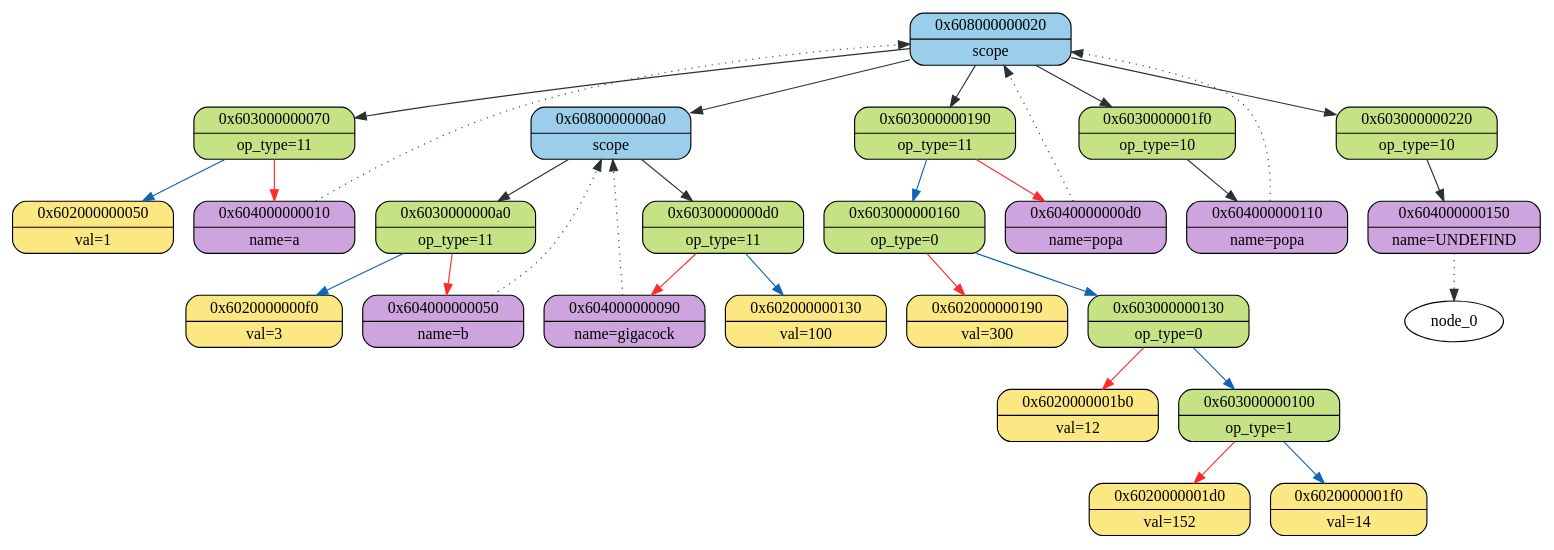
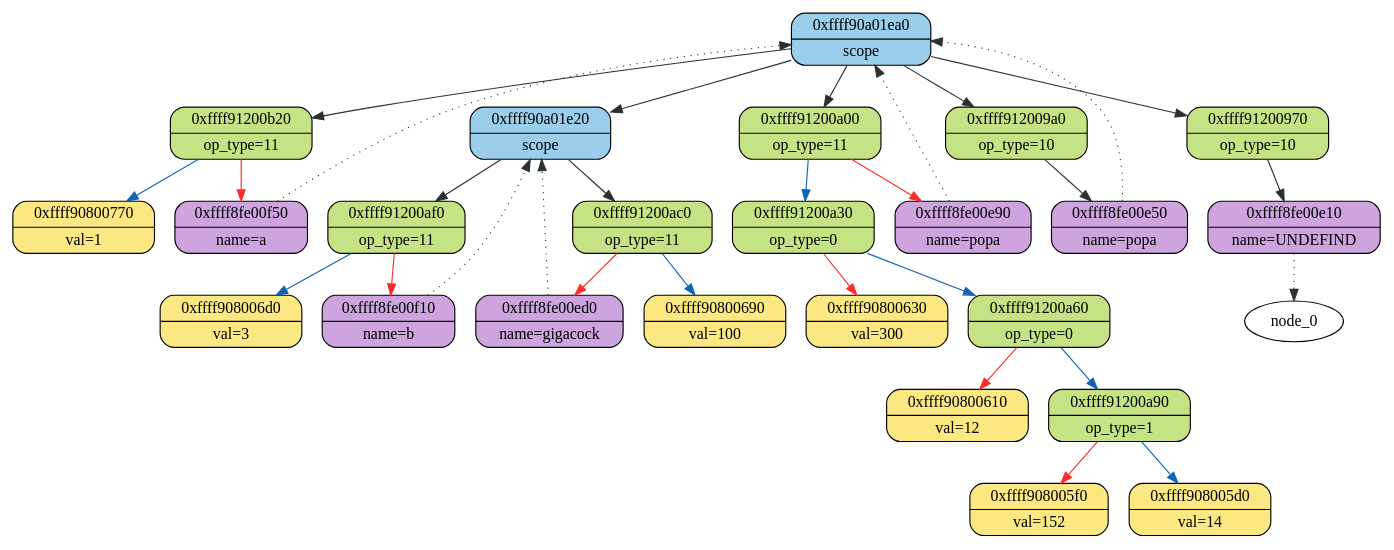
Before and after one commit to 2APetrin/ParaCL: the diagram in ast/logs/log_graphviz.dot, drawn with Graphviz. The commit also changed 4 other files, not shown here.

```diff
--- a/ast/logs/log_graphviz.dot
+++ b/ast/logs/log_graphviz.dot
@@ -1,56 +1,56 @@
 digraph
 {
-    node_0x608000000020[shape = Mrecord, label = "{{0x608000000020} | {scope}}", style = "filled", fillcolor = "#9ACEEB"];
-    node_0x603000000070[shape = Mrecord, label = "{{0x603000000070} | {op_type=11}}", style = "filled", fillcolor = "#C5E384"];
-    node_0x604000000010[shape = Mrecord, label = "{{0x604000000010} | {name=a}}", style = "filled", fillcolor = "#CDA4DE"];
-    node_0x604000000010->node_0x608000000020 [ style = "dotted", color = "#293133"];
-    node_0x602000000050[shape = Mrecord, label = "{{0x602000000050} | {val=1}}", style = "filled", fillcolor = "#FCE883"];
-    node_0x603000000070->node_0x604000000010 [color = "#FF2B2B"];
-    node_0x603000000070->node_0x602000000050 [color = "#1164B4"];
-    node_0x608000000020->node_0x603000000070 [color = "#293133"];
-    node_0x6080000000a0[shape = Mrecord, label = "{{0x6080000000a0} | {scope}}", style = "filled", fillcolor = "#9ACEEB"];
-    node_0x6030000000a0[shape = Mrecord, label = "{{0x6030000000a0} | {op_type=11}}", style = "filled", fillcolor = "#C5E384"];
-    node_0x604000000050[shape = Mrecord, label = "{{0x604000000050} | {name=b}}", style = "filled", fillcolor = "#CDA4DE"];
-    node_0x604000000050->node_0x6080000000a0 [ style = "dotted", color = "#293133"];
-    node_0x6020000000f0[shape = Mrecord, label = "{{0x6020000000f0} | {val=3}}", style = "filled", fillcolor = "#FCE883"];
-    node_0x6030000000a0->node_0x604000000050 [color = "#FF2B2B"];
-    node_0x6030000000a0->node_0x6020000000f0 [color = "#1164B4"];
-    node_0x6080000000a0->node_0x6030000000a0 [color = "#293133"];
-    node_0x6030000000d0[shape = Mrecord, label = "{{0x6030000000d0} | {op_type=11}}", style = "filled", fillcolor = "#C5E384"];
-    node_0x604000000090[shape = Mrecord, label = "{{0x604000000090} | {name=gigacock}}", style = "filled", fillcolor = "#CDA4DE"];
-    node_0x604000000090->node_0x6080000000a0 [ style = "dotted", color = "#293133"];
-    node_0x602000000130[shape = Mrecord, label = "{{0x602000000130} | {val=100}}", style = "filled", fillcolor = "#FCE883"];
-    node_0x6030000000d0->node_0x604000000090 [color = "#FF2B2B"];
-    node_0x6030000000d0->node_0x602000000130 [color = "#1164B4"];
-    node_0x6080000000a0->node_0x6030000000d0 [color = "#293133"];
-    node_0x608000000020->node_0x6080000000a0 [color = "#293133"];
-    node_0x603000000190[shape = Mrecord, label = "{{0x603000000190} | {op_type=11}}", style = "filled", fillcolor = "#C5E384"];
-    node_0x6040000000d0[shape = Mrecord, label = "{{0x6040000000d0} | {name=popa}}", style = "filled", fillcolor = "#CDA4DE"];
-    node_0x6040000000d0->node_0x608000000020 [ style = "dotted", color = "#293133"];
-    node_0x603000000160[shape = Mrecord, label = "{{0x603000000160} | {op_type=0}}", style = "filled", fillcolor = "#C5E384"];
-    node_0x602000000190[shape = Mrecord, label = "{{0x602000000190} | {val=300}}", style = "filled", fillcolor = "#FCE883"];
-    node_0x603000000130[shape = Mrecord, label = "{{0x603000000130} | {op_type=0}}", style = "filled", fillcolor = "#C5E384"];
-    node_0x6020000001b0[shape = Mrecord, label = "{{0x6020000001b0} | {val=12}}", style = "filled", fillcolor = "#FCE883"];
-    node_0x603000000100[shape = Mrecord, label = "{{0x603000000100} | {op_type=1}}", style = "filled", fillcolor = "#C5E384"];
-    node_0x6020000001d0[shape = Mrecord, label = "{{0x6020000001d0} | {val=152}}", style = "filled", fillcolor = "#FCE883"];
-    node_0x6020000001f0[shape = Mrecord, label = "{{0x6020000001f0} | {val=14}}", style = "filled", fillcolor = "#FCE883"];
-    node_0x603000000100->node_0x6020000001d0 [color = "#FF2B2B"];
-    node_0x603000000100->node_0x6020000001f0 [color = "#1164B4"];
-    node_0x603000000130->node_0x6020000001b0 [color = "#FF2B2B"];
-    node_0x603000000130->node_0x603000000100 [color = "#1164B4"];
-    node_0x603000000160->node_0x602000000190 [color = "#FF2B2B"];
-    node_0x603000000160->node_0x603000000130 [color = "#1164B4"];
-    node_0x603000000190->node_0x6040000000d0 [color = "#FF2B2B"];
-    node_0x603000000190->node_0x603000000160 [color = "#1164B4"];
-    node_0x608000000020->node_0x603000000190 [color = "#293133"];
-    node_0x6030000001f0[shape = Mrecord, label = "{{0x6030000001f0} | {op_type=10}}", style = "filled", fillcolor = "#C5E384"];
-    node_0x604000000110[shape = Mrecord, label = "{{0x604000000110} | {name=popa}}", style = "filled", fillcolor = "#CDA4DE"];
-    node_0x604000000110->node_0x608000000020 [ style = "dotted", color = "#293133"];
-    node_0x6030000001f0->node_0x604000000110 [color = "#293133"];
-    node_0x608000000020->node_0x6030000001f0 [color = "#293133"];
-    node_0x603000000220[shape = Mrecord, label = "{{0x603000000220} | {op_type=10}}", style = "filled", fillcolor = "#C5E384"];
-    node_0x604000000150[shape = Mrecord, label = "{{0x604000000150} | {name=UNDEFIND}}", style = "filled", fillcolor = "#CDA4DE"];
-    node_0x604000000150->node_0 [ style = "dotted", color = "#293133"];
-    node_0x603000000220->node_0x604000000150 [color = "#293133"];
-    node_0x608000000020->node_0x603000000220 [color = "#293133"];
+    node_0xffff90a01ea0[shape = Mrecord, label = "{{0xffff90a01ea0} | {scope}}", style = "filled", fillcolor = "#9ACEEB"];
+    node_0xffff91200b20[shape = Mrecord, label = "{{0xffff91200b20} | {op_type=11}}", style = "filled", fillcolor = "#C5E384"];
+    node_0xffff8fe00f50[shape = Mrecord, label = "{{0xffff8fe00f50} | {name=a}}", style = "filled", fillcolor = "#CDA4DE"];
+    node_0xffff8fe00f50->node_0xffff90a01ea0 [ style = "dotted", color = "#293133"];
+    node_0xffff90800770[shape = Mrecord, label = "{{0xffff90800770} | {val=1}}", style = "filled", fillcolor = "#FCE883"];
+    node_0xffff91200b20->node_0xffff8fe00f50 [color = "#FF2B2B"];
+    node_0xffff91200b20->node_0xffff90800770 [color = "#1164B4"];
+    node_0xffff90a01ea0->node_0xffff91200b20 [color = "#293133"];
+    node_0xffff90a01e20[shape = Mrecord, label = "{{0xffff90a01e20} | {scope}}", style = "filled", fillcolor = "#9ACEEB"];
+    node_0xffff91200af0[shape = Mrecord, label = "{{0xffff91200af0} | {op_type=11}}", style = "filled", fillcolor = "#C5E384"];
+    node_0xffff8fe00f10[shape = Mrecord, label = "{{0xffff8fe00f10} | {name=b}}", style = "filled", fillcolor = "#CDA4DE"];
+    node_0xffff8fe00f10->node_0xffff90a01e20 [ style = "dotted", color = "#293133"];
+    node_0xffff908006d0[shape = Mrecord, label = "{{0xffff908006d0} | {val=3}}", style = "filled", fillcolor = "#FCE883"];
+    node_0xffff91200af0->node_0xffff8fe00f10 [color = "#FF2B2B"];
+    node_0xffff91200af0->node_0xffff908006d0 [color = "#1164B4"];
+    node_0xffff90a01e20->node_0xffff91200af0 [color = "#293133"];
+    node_0xffff91200ac0[shape = Mrecord, label = "{{0xffff91200ac0} | {op_type=11}}", style = "filled", fillcolor = "#C5E384"];
+    node_0xffff8fe00ed0[shape = Mrecord, label = "{{0xffff8fe00ed0} | {name=gigacock}}", style = "filled", fillcolor = "#CDA4DE"];
+    node_0xffff8fe00ed0->node_0xffff90a01e20 [ style = "dotted", color = "#293133"];
+    node_0xffff90800690[shape = Mrecord, label = "{{0xffff90800690} | {val=100}}", style = "filled", fillcolor = "#FCE883"];
+    node_0xffff91200ac0->node_0xffff8fe00ed0 [color = "#FF2B2B"];
+    node_0xffff91200ac0->node_0xffff90800690 [color = "#1164B4"];
+    node_0xffff90a01e20->node_0xffff91200ac0 [color = "#293133"];
+    node_0xffff90a01ea0->node_0xffff90a01e20 [color = "#293133"];
+    node_0xffff91200a00[shape = Mrecord, label = "{{0xffff91200a00} | {op_type=11}}", style = "filled", fillcolor = "#C5E384"];
+    node_0xffff8fe00e90[shape = Mrecord, label = "{{0xffff8fe00e90} | {name=popa}}", style = "filled", fillcolor = "#CDA4DE"];
+    node_0xffff8fe00e90->node_0xffff90a01ea0 [ style = "dotted", color = "#293133"];
+    node_0xffff91200a30[shape = Mrecord, label = "{{0xffff91200a30} | {op_type=0}}", style = "filled", fillcolor = "#C5E384"];
+    node_0xffff90800630[shape = Mrecord, label = "{{0xffff90800630} | {val=300}}", style = "filled", fillcolor = "#FCE883"];
+    node_0xffff91200a60[shape = Mrecord, label = "{{0xffff91200a60} | {op_type=0}}", style = "filled", fillcolor = "#C5E384"];
+    node_0xffff90800610[shape = Mrecord, label = "{{0xffff90800610} | {val=12}}", style = "filled", fillcolor = "#FCE883"];
+    node_0xffff91200a90[shape = Mrecord, label = "{{0xffff91200a90} | {op_type=1}}", style = "filled", fillcolor = "#C5E384"];
+    node_0xffff908005f0[shape = Mrecord, label = "{{0xffff908005f0} | {val=152}}", style = "filled", fillcolor = "#FCE883"];
+    node_0xffff908005d0[shape = Mrecord, label = "{{0xffff908005d0} | {val=14}}", style = "filled", fillcolor = "#FCE883"];
+    node_0xffff91200a90->node_0xffff908005f0 [color = "#FF2B2B"];
+    node_0xffff91200a90->node_0xffff908005d0 [color = "#1164B4"];
+    node_0xffff91200a60->node_0xffff90800610 [color = "#FF2B2B"];
+    node_0xffff91200a60->node_0xffff91200a90 [color = "#1164B4"];
+    node_0xffff91200a30->node_0xffff90800630 [color = "#FF2B2B"];
+    node_0xffff91200a30->node_0xffff91200a60 [color = "#1164B4"];
+    node_0xffff91200a00->node_0xffff8fe00e90 [color = "#FF2B2B"];
+    node_0xffff91200a00->node_0xffff91200a30 [color = "#1164B4"];
+    node_0xffff90a01ea0->node_0xffff91200a00 [color = "#293133"];
+    node_0xffff912009a0[shape = Mrecord, label = "{{0xffff912009a0} | {op_type=10}}", style = "filled", fillcolor = "#C5E384"];
+    node_0xffff8fe00e50[shape = Mrecord, label = "{{0xffff8fe00e50} | {name=popa}}", style = "filled", fillcolor = "#CDA4DE"];
+    node_0xffff8fe00e50->node_0xffff90a01ea0 [ style = "dotted", color = "#293133"];
+    node_0xffff912009a0->node_0xffff8fe00e50 [color = "#293133"];
+    node_0xffff90a01ea0->node_0xffff912009a0 [color = "#293133"];
+    node_0xffff91200970[shape = Mrecord, label = "{{0xffff91200970} | {op_type=10}}", style = "filled", fillcolor = "#C5E384"];
+    node_0xffff8fe00e10[shape = Mrecord, label = "{{0xffff8fe00e10} | {name=UNDEFIND}}", style = "filled", fillcolor = "#CDA4DE"];
+    node_0xffff8fe00e10->node_0 [ style = "dotted", color = "#293133"];
+    node_0xffff91200970->node_0xffff8fe00e10 [color = "#293133"];
+    node_0xffff90a01ea0->node_0xffff91200970 [color = "#293133"];
 }
```
